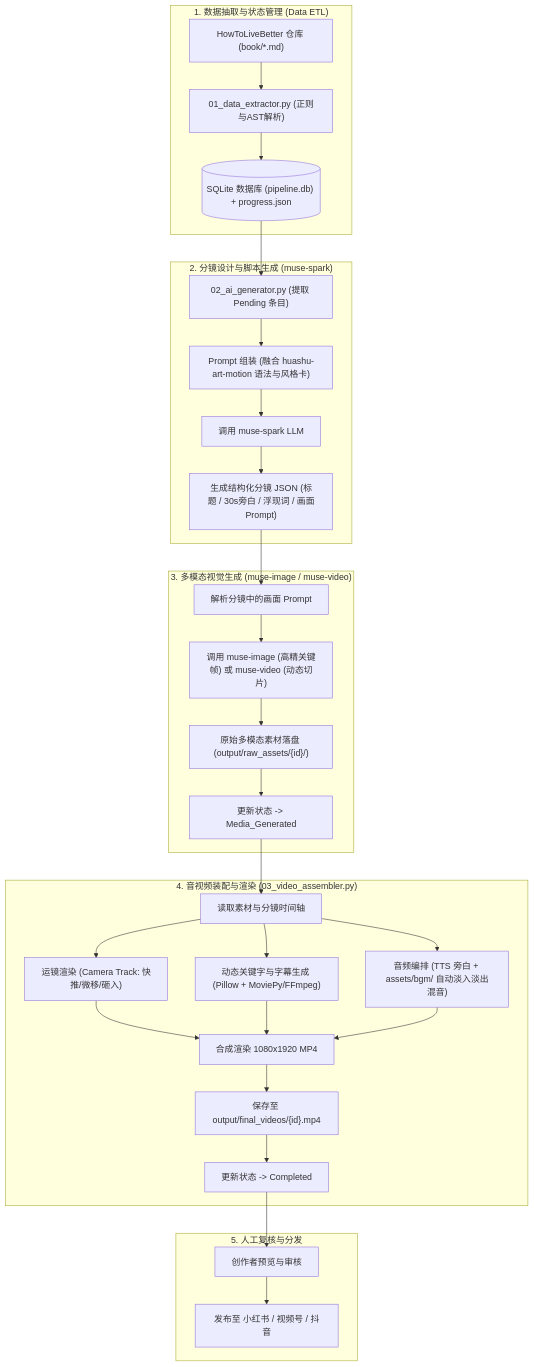
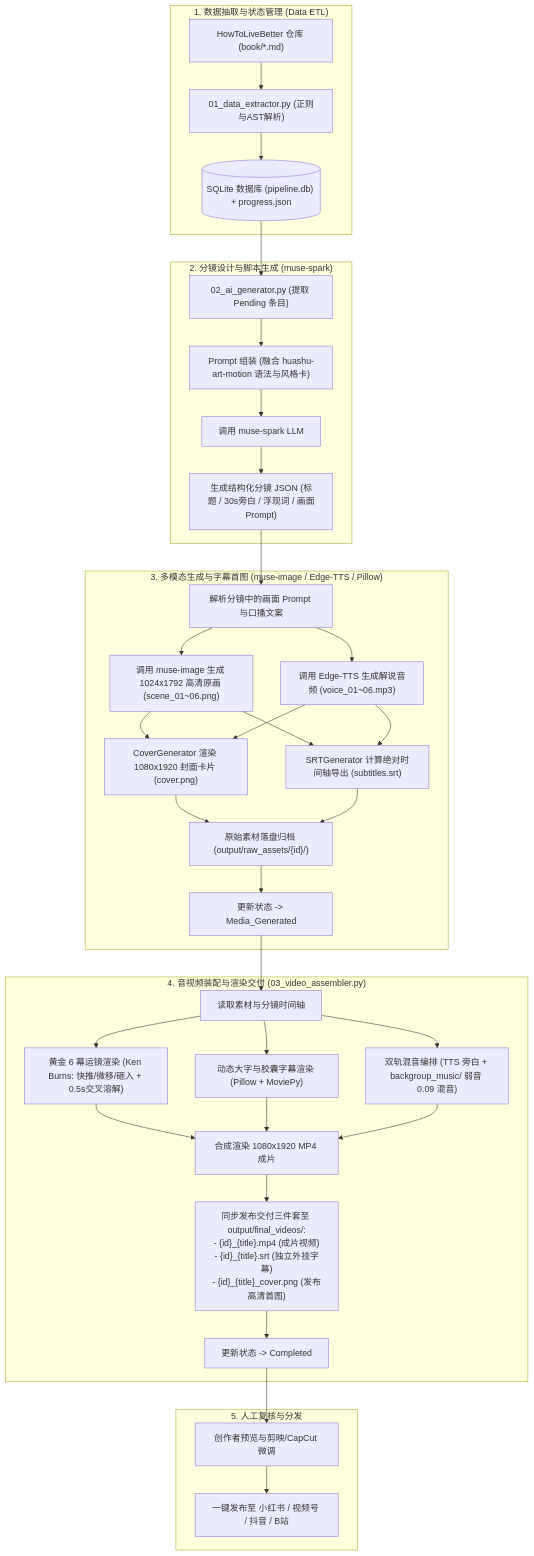
One commit to shen341/HowToLiveBetter-Motion changed the diagram in docs/system_design.md. Above: the diagram before and after it, drawn with Mermaid. The commit also changed other lines of this file and 7 other files, not shown here.

Commit message:
docs: governance update with ADR-007~009, sync system design, todo roadmap, and operations manual

````diff
--- a/docs/system_design.md
+++ b/docs/system_design.md
@@ -16,36 +16,39 @@
 ```mermaid
 flowchart TD
     subgraph Data_ETL ["1. 数据抽取与状态管理 (Data ETL)"]
         A1["HowToLiveBetter 仓库 (book/*.md)"] --> A2["01_data_extractor.py (正则与AST解析)"]
         A2 --> A3[("SQLite 数据库 (pipeline.db) + progress.json")]
     end
 
     subgraph LLM_Storyboard ["2. 分镜设计与脚本生成 (muse-spark)"]
         A3 --> B1["02_ai_generator.py (提取 Pending 条目)"]
         B1 --> B2["Prompt 组装 (融合 huashu-art-motion 语法与风格卡)"]
         B2 --> B3["调用 muse-spark LLM"]
         B3 --> B4["生成结构化分镜 JSON (标题 / 30s旁白 / 浮现词 / 画面Prompt)"]
     end
 
-    subgraph Media_Generation ["3. 多模态视觉生成 (muse-image / muse-video)"]
-        B4 --> C1["解析分镜中的画面 Prompt"]
-        C1 --> C2["调用 muse-image (高精关键帧) 或 muse-video (动态切片)"]
-        C2 --> C3["原始多模态素材落盘 (output/raw_assets/{id}/)"]
-        C3 --> C4["更新状态 -> Media_Generated"]
+    subgraph Media_Generation ["3. 多模态生成与字幕首图 (muse-image / Edge-TTS / Pillow)"]
+        B4 --> C1["解析分镜中的画面 Prompt 与口播文案"]
+        C1 --> C2["调用 muse-image 生成 1024x1792 高清原画 (scene_01~06.png)"]
+        C1 --> C3["调用 Edge-TTS 生成解说音频 (voice_01~06.mp3)"]
+        C2 & C3 --> C4["CoverGenerator 渲染 1080x1920 封面卡片 (cover.png)"]
+        C2 & C3 --> C5["SRTGenerator 计算绝对时间轴导出 (subtitles.srt)"]
+        C4 & C5 --> C6["原始素材落盘归档 (output/raw_assets/{id}/)"]
+        C6 --> C7["更新状态 -> Media_Generated"]
     end
 
-    subgraph Video_Assembly ["4. 音视频装配与渲染 (03_video_assembler.py)"]
-        C4 --> D1["读取素材与分镜时间轴"]
-        D1 --> D2["运镜渲染 (Camera Track: 快推/微移/砸入)"]
-        D1 --> D3["动态关键字与字幕生成 (Pillow + MoviePy/FFmpeg)"]
-        D1 --> D4["音频编排 (TTS 旁白 + assets/bgm/ 自动淡入淡出混音)"]
-        D2 & D3 & D4 --> D5["合成渲染 1080x1920 MP4"]
-        D5 --> D6["保存至 output/final_videos/{id}.mp4"]
+    subgraph Video_Assembly ["4. 音视频装配与渲染交付 (03_video_assembler.py)"]
+        C7 --> D1["读取素材与分镜时间轴"]
+        D1 --> D2["黄金 6 幕运镜渲染 (Ken Burns: 快推/微移/砸入 + 0.5s交叉溶解)"]
+        D1 --> D3["动态大字与胶囊字幕渲染 (Pillow + MoviePy)"]
+        D1 --> D4["双轨混音编排 (TTS 旁白 + backgroup_music/ 弱音 0.09 混音)"]
+        D2 & D3 & D4 --> D5["合成渲染 1080x1920 MP4 成片"]
+        D5 --> D6["同步发布交付三件套至 output/final_videos/:\n- {id}_{title}.mp4 (成片视频)\n- {id}_{title}.srt (独立外挂字幕)\n- {id}_{title}_cover.png (发布高清首图)"]
         D6 --> D7["更新状态 -> Completed"]
     end
 
     subgraph Audit_Publish ["5. 人工复核与分发"]
-        D7 --> E1["创作者预览与审核"]
-        E1 --> E2["发布至 小红书 / 视频号 / 抖音"]
+        D7 --> E1["创作者预览与剪映/CapCut 微调"]
+        E1 --> E2["一键发布至 小红书 / 视频号 / 抖音 / B站"]
     end
 ```
````
